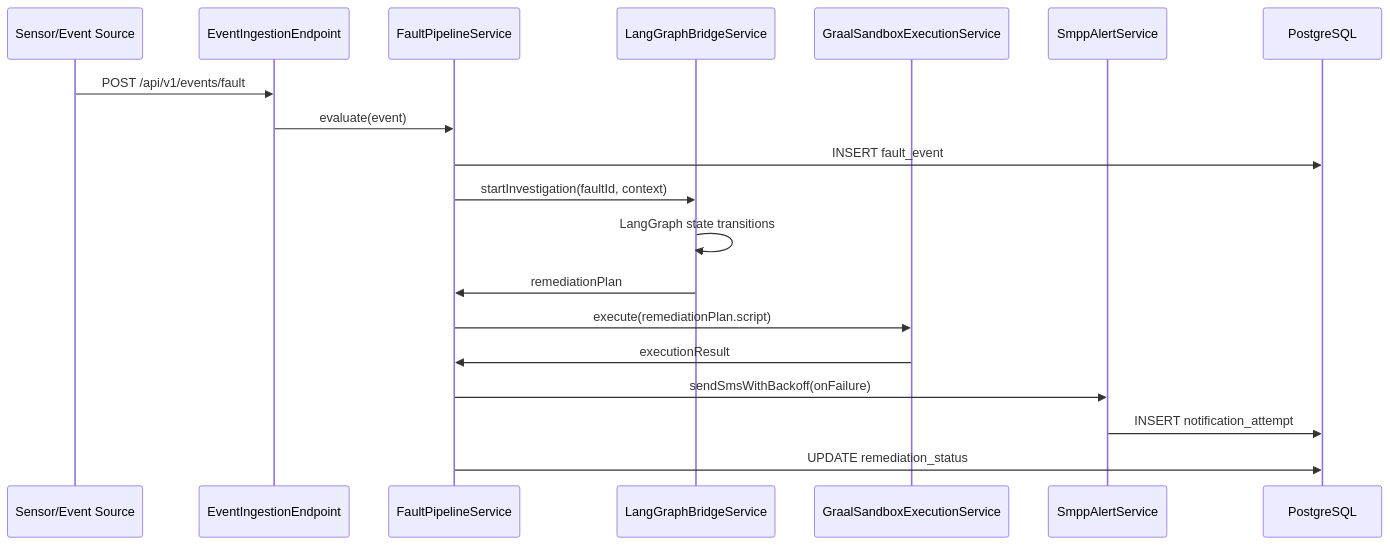
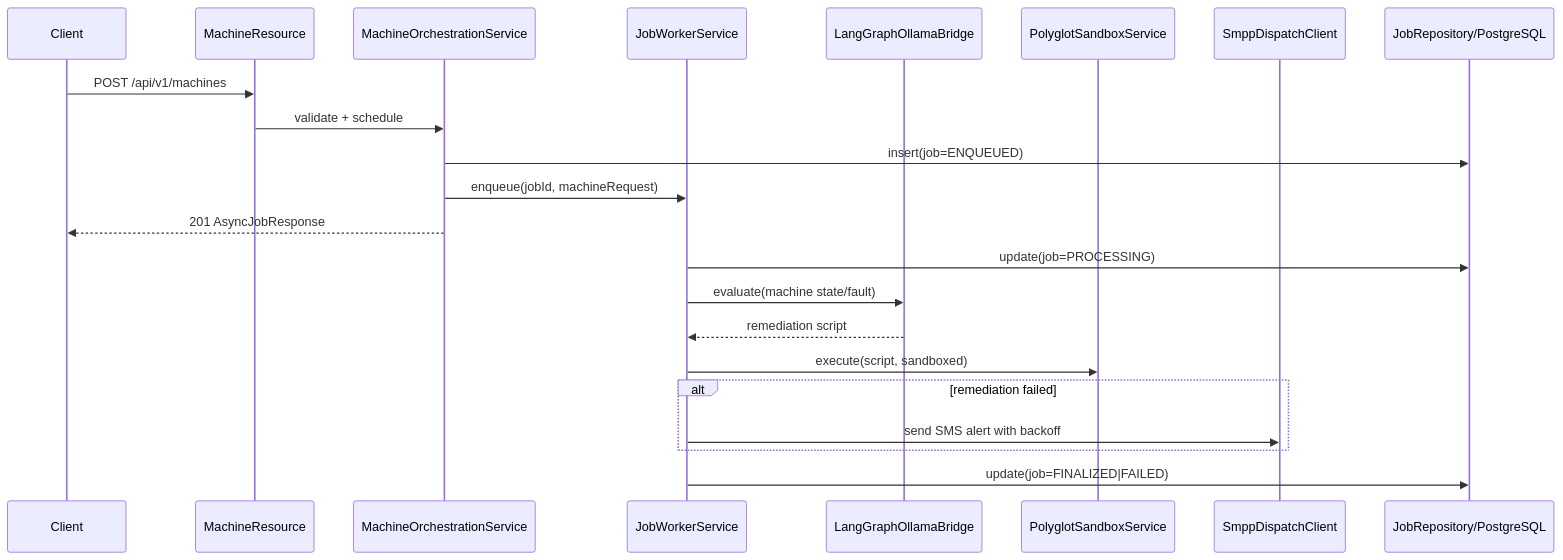
The second of 2 diagrams in docs/hld-lld.md (ajaychaurasia25921/reactor), drawn with Mermaid before and after one commit. The commit also changed other lines of this file and 2 other files, not shown here.

````diff
--- a/docs/hld-lld.md
+++ b/docs/hld-lld.md
@@ -96,22 +72,26 @@
 ```mermaid
 sequenceDiagram
-  participant S as Sensor/Event Source
-  participant I as EventIngestionEndpoint
-  participant P as FaultPipelineService
-  participant O as LangGraphBridgeService
-  participant X as GraalSandboxExecutionService
-  participant A as SmppAlertService
-  participant D as PostgreSQL
+  participant C as Client
+  participant R as MachineResource
+  participant S as MachineOrchestrationService
+  participant Q as JobWorkerService
+  participant A as LangGraphOllamaBridge
+  participant X as PolyglotSandboxService
+  participant M as SmppDispatchClient
+  participant D as JobRepository/PostgreSQL
 
-  S->>I: POST /api/v1/events/fault
-  I->>P: evaluate(event)
-  P->>D: INSERT fault_event
-  P->>O: startInvestigation(faultId, context)
-  O->>O: LangGraph state transitions
-  O->>P: remediationPlan
-  P->>X: execute(remediationPlan.script)
-  X->>P: executionResult
-  P->>A: sendSmsWithBackoff(onFailure)
-  A->>D: INSERT notification_attempt
-  P->>D: UPDATE remediation_status
+  C->>R: POST /api/v1/machines
+  R->>S: validate + schedule
+  S->>D: insert(job=ENQUEUED)
+  S->>Q: enqueue(jobId, machineRequest)
+  S-->>C: 201 AsyncJobResponse
+
+  Q->>D: update(job=PROCESSING)
+  Q->>A: evaluate(machine state/fault)
+  A-->>Q: remediation script
+  Q->>X: execute(script, sandboxed)
+  alt remediation failed
+    Q->>M: send SMS alert with backoff
+  end
+  Q->>D: update(job=FINALIZED|FAILED)
 ```
````
